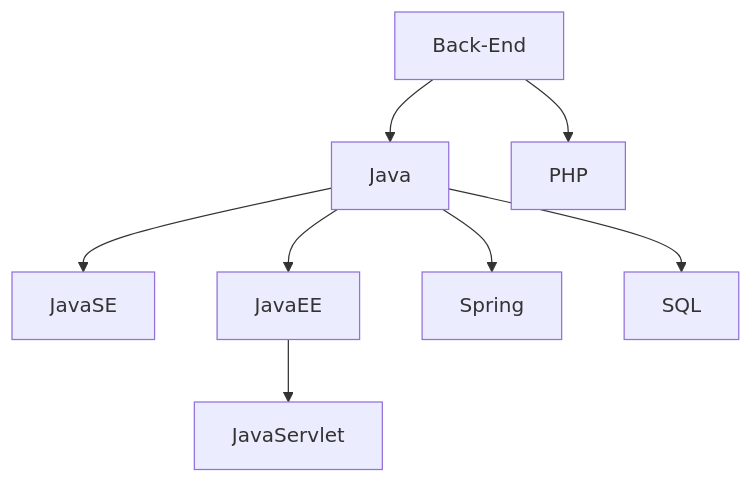
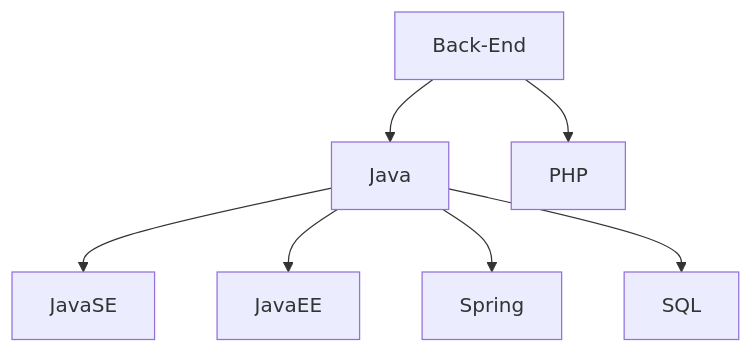
One commit to Victor-A-P/Victor-A-P changed the second of 3 diagrams in README.md. Above: the diagram before and after it, drawn with Mermaid. The commit also changed other lines of this file, not shown here.

````diff
--- a/README.md
+++ b/README.md
@@ -128,11 +130,10 @@
 ```mermaid
 graph TD;
     Back-End-->Java;
    
     Back-End-->PHP;
     Java-->JavaSE;
     Java-->JavaEE;
-    JavaEE-->JavaServlet;
     Java-->Spring;
     Java-->SQL;
 ```
````
